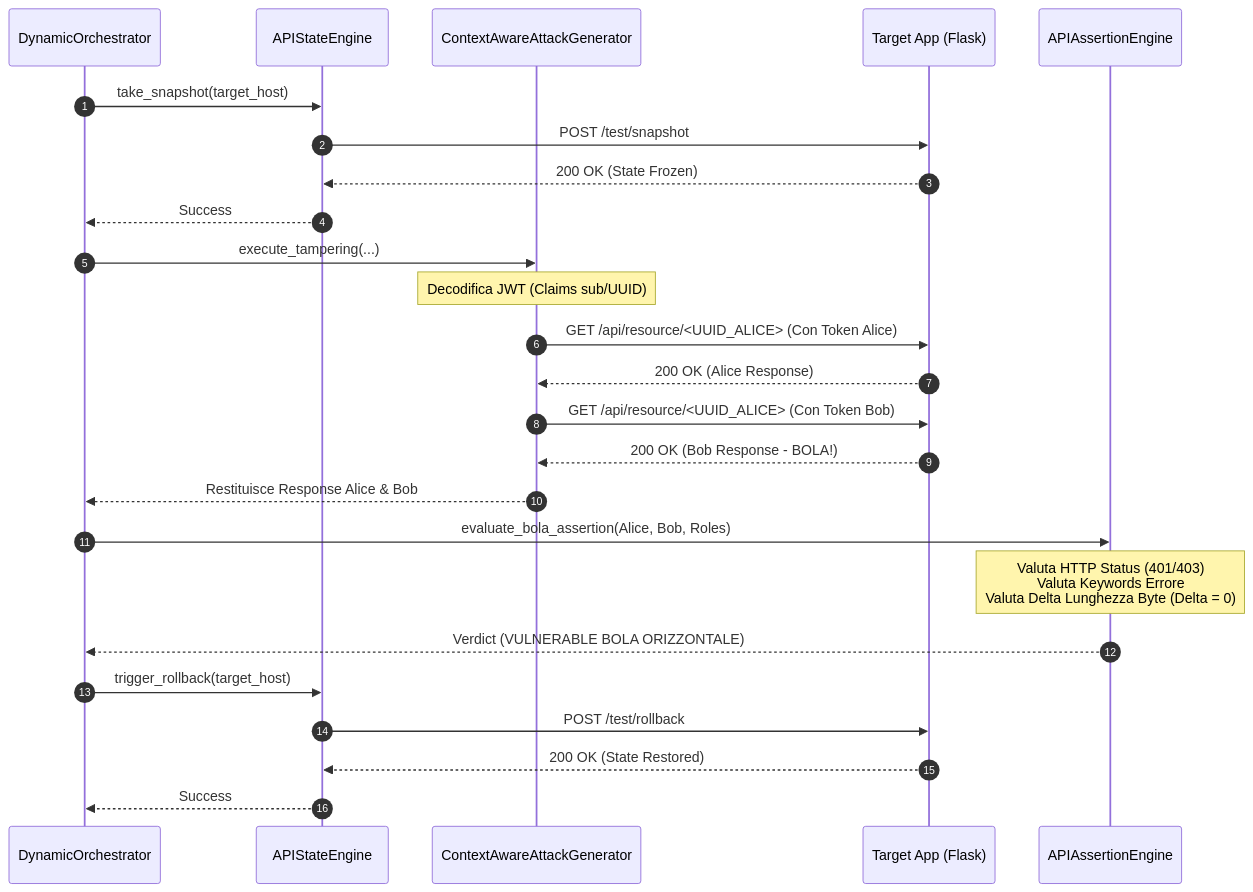
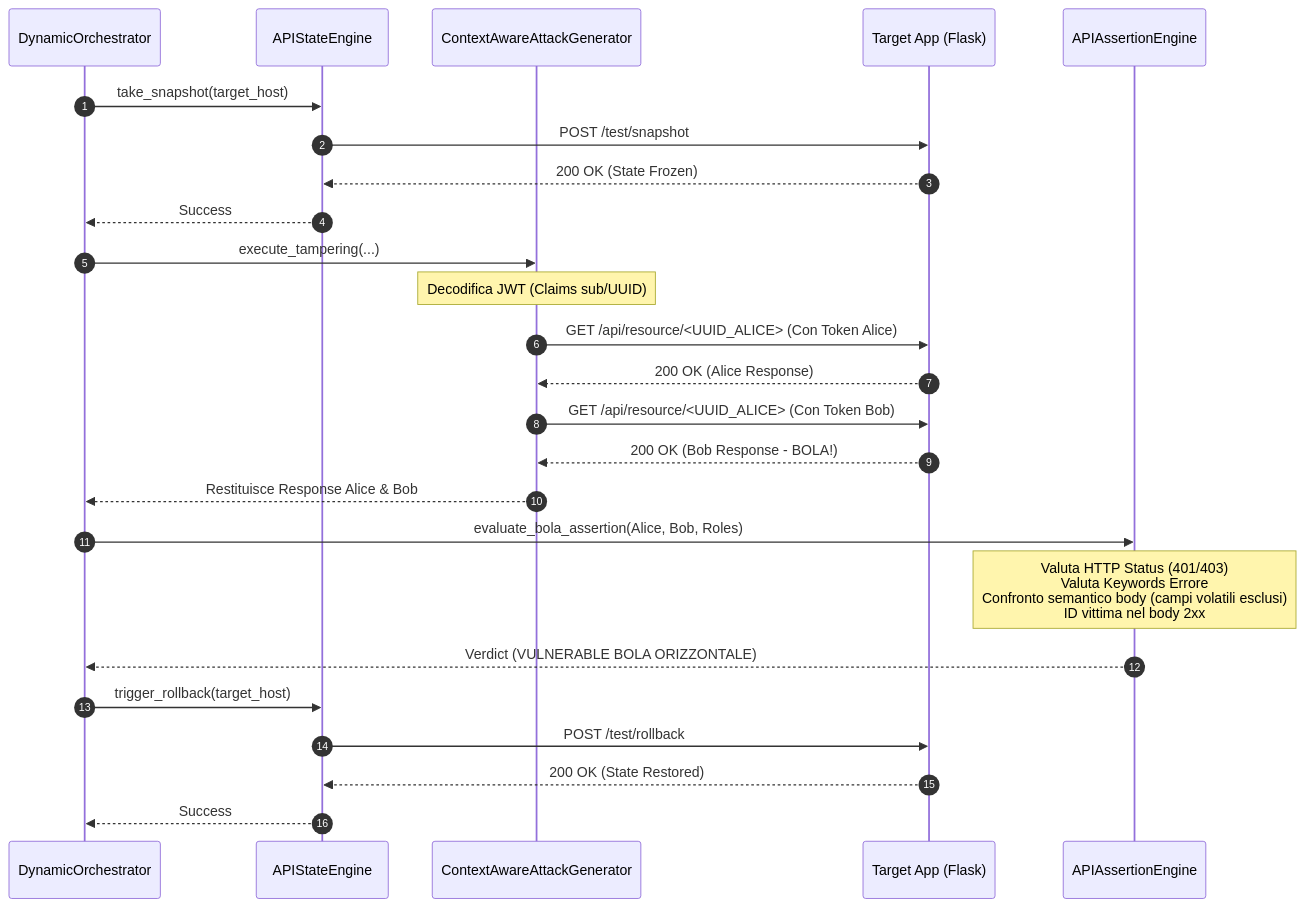
The second of 2 diagrams in docs/odd.md (MarcoDonatiello04/DetectionCloudSecurityRisk), drawn with Mermaid before and after one commit. The commit also changed other lines of this file and 41 other files, not shown here.

````diff
--- a/docs/odd.md
+++ b/docs/odd.md
@@ -166,32 +167,32 @@
 ```mermaid
 sequenceDiagram
     autonumber
     participant DAST as DynamicOrchestrator
     participant State as APIStateEngine
     participant Attack as ContextAwareAttackGenerator
     participant App as Target App (Flask)
     participant Engine as APIAssertionEngine
     
     DAST->>State: take_snapshot(target_host)
     State->>App: POST /test/snapshot
     App-->>State: 200 OK (State Frozen)
     State-->>DAST: Success
     
     DAST->>Attack: execute_tampering(...)
     Note over Attack: Decodifica JWT (Claims sub/UUID)
     Attack->>App: GET /api/resource/<UUID_ALICE> (Con Token Alice)
     App-->>Attack: 200 OK (Alice Response)
     Attack->>App: GET /api/resource/<UUID_ALICE> (Con Token Bob)
     App-->>Attack: 200 OK (Bob Response - BOLA!)
     
     Attack-->>DAST: Restituisce Response Alice & Bob
     
     DAST->>Engine: evaluate_bola_assertion(Alice, Bob, Roles)
-    Note over Engine: Valuta HTTP Status (401/403)<br/>Valuta Keywords Errore<br/>Valuta Delta Lunghezza Byte (Delta = 0)
+    Note over Engine: Valuta HTTP Status (401/403)<br/>Valuta Keywords Errore<br/>Confronto semantico body (campi volatili esclusi)<br/>ID vittima nel body 2xx
     Engine-->>DAST: Verdict (VULNERABLE BOLA ORIZZONTALE)
     
     DAST->>State: trigger_rollback(target_host)
     State->>App: POST /test/rollback
     App-->>State: 200 OK (State Restored)
     State-->>DAST: Success
 ```
````
